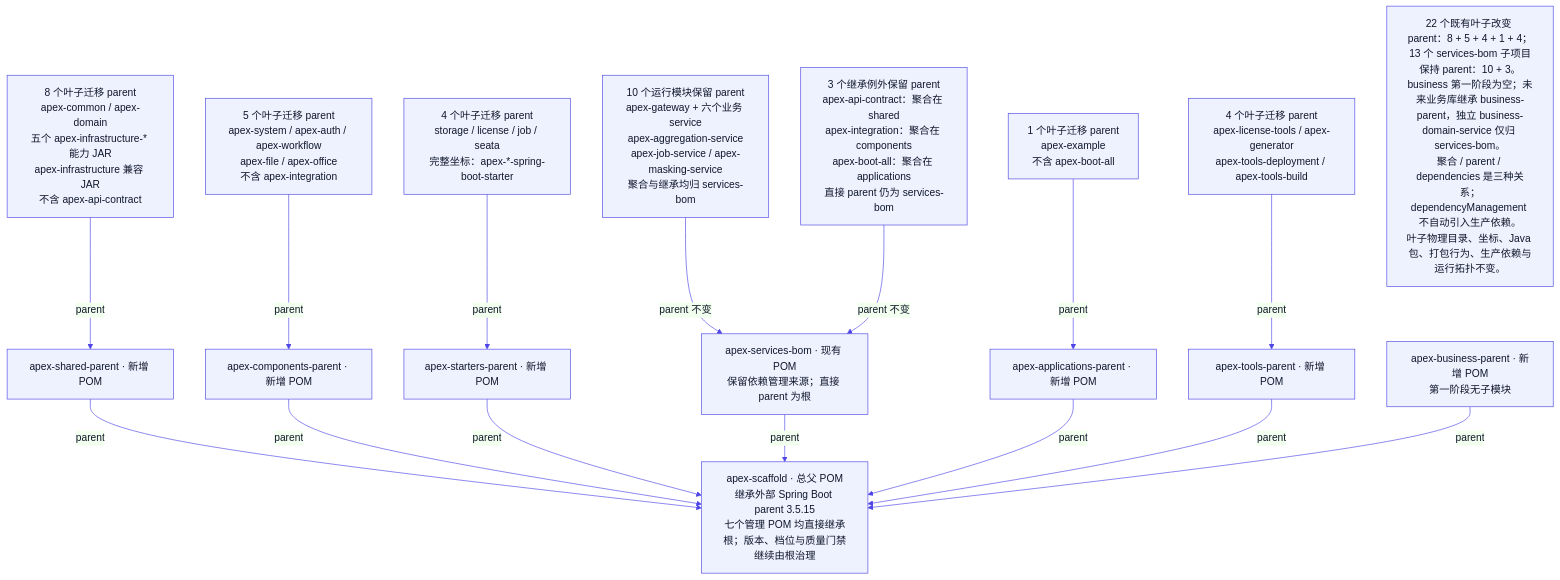
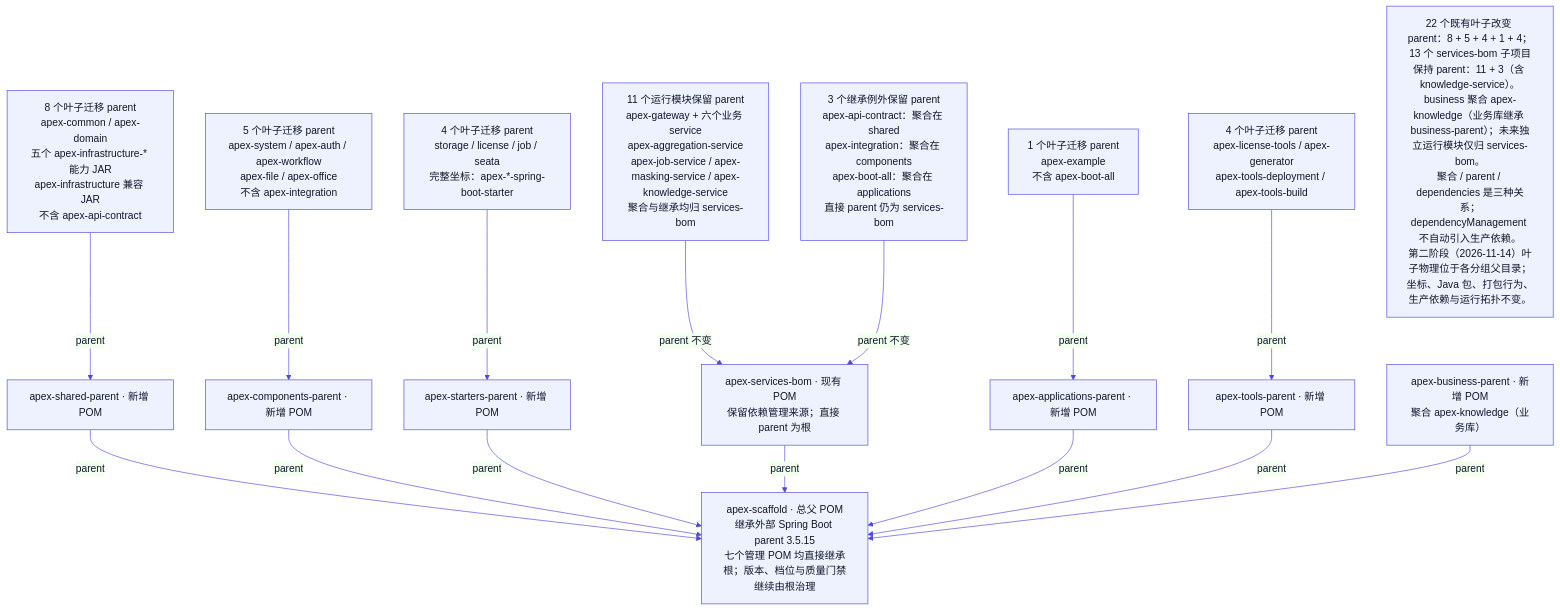
One commit to apex-cloud-service/apex-scaffold changed the diagram in docs/diagrams/129_maven_parent_inheritance.mmd. Above: the diagram before and after it, drawn with Mermaid. The commit also changed 175 other files, not shown here.

First line of the commit message:
docs(structure): B6 文档与图表同步两级布局——链接重指向、双源图更新、口径刷新

```diff
--- a/docs/diagrams/129_maven_parent_inheritance.mmd
+++ b/docs/diagrams/129_maven_parent_inheritance.mmd
@@ -1,34 +1,34 @@
 %%{init: {'theme':'base', 'themeVariables': {'primaryColor':'#eef2ff','primaryTextColor':'#0f172a','primaryBorderColor':'#4f46e5','lineColor':'#4f46e5','fontFamily':'sans-serif'}}}%%
-%% 第一阶段直接 parent 关系，箭头子项目 -> 直接 parent；不是 modules 或 compile 依赖。
-%% 叶子集合是卡内清单；与同名手写 SVG 语义配对维护，不展开全 43 个项目。
+%% 第二阶段直接 parent 关系，箭头子项目 -> 直接 parent；不是 modules 或 compile 依赖。
+%% 叶子集合是卡内清单；与同名手写 SVG 语义配对维护，不展开全 45 个项目。
 flowchart TB
     ROOT["apex-scaffold · 总父 POM<br/>继承外部 Spring Boot parent 3.5.15<br/>七个管理 POM 均直接继承根；版本、档位与质量门禁继续由根治理"]
     SHARED["apex-shared-parent · 新增 POM"]
     COMPONENTS["apex-components-parent · 新增 POM"]
     STARTERS["apex-starters-parent · 新增 POM"]
     SERVICES["apex-services-bom · 现有 POM<br/>保留依赖管理来源；直接 parent 为根"]
     APPLICATIONS["apex-applications-parent · 新增 POM"]
     TOOLS["apex-tools-parent · 新增 POM"]
-    BUSINESS["apex-business-parent · 新增 POM<br/>第一阶段无子模块"]
+    BUSINESS["apex-business-parent · 新增 POM<br/>聚合 apex-knowledge（业务库）"]
     SHARED -->|parent| ROOT
     COMPONENTS -->|parent| ROOT
     STARTERS -->|parent| ROOT
     SERVICES -->|parent| ROOT
     APPLICATIONS -->|parent| ROOT
     TOOLS -->|parent| ROOT
     BUSINESS -->|parent| ROOT
     SHARED_LEAVES["8 个叶子迁移 parent<br/>apex-common / apex-domain<br/>五个 apex-infrastructure-* 能力 JAR<br/>apex-infrastructure 兼容 JAR<br/>不含 apex-api-contract"]
     COMPONENT_LEAVES["5 个叶子迁移 parent<br/>apex-system / apex-auth / apex-workflow<br/>apex-file / apex-office<br/>不含 apex-integration"]
     STARTER_LEAVES["4 个叶子迁移 parent<br/>storage / license / job / seata<br/>完整坐标：apex-*-spring-boot-starter"]
     APPLICATION_LEAVES["1 个叶子迁移 parent<br/>apex-example<br/>不含 apex-boot-all"]
     TOOL_LEAVES["4 个叶子迁移 parent<br/>apex-license-tools / apex-generator<br/>apex-tools-deployment / apex-tools-build"]
-    RUN_LEAVES["10 个运行模块保留 parent<br/>apex-gateway + 六个业务 service<br/>apex-aggregation-service<br/>apex-job-service / apex-masking-service<br/>聚合与继承均归 services-bom"]
+    RUN_LEAVES["11 个运行模块保留 parent<br/>apex-gateway + 六个业务 service<br/>apex-aggregation-service<br/>apex-job-service / apex-masking-service / apex-knowledge-service<br/>聚合与继承均归 services-bom"]
     EXCEPTIONS["3 个继承例外保留 parent<br/>apex-api-contract：聚合在 shared<br/>apex-integration：聚合在 components<br/>apex-boot-all：聚合在 applications<br/>直接 parent 仍为 services-bom"]
     SHARED_LEAVES -->|parent| SHARED
     COMPONENT_LEAVES -->|parent| COMPONENTS
     STARTER_LEAVES -->|parent| STARTERS
     APPLICATION_LEAVES -->|parent| APPLICATIONS
     TOOL_LEAVES -->|parent| TOOLS
     RUN_LEAVES -->|parent 不变| SERVICES
     EXCEPTIONS -->|parent 不变| SERVICES
-    NOTE["22 个既有叶子改变 parent：8 + 5 + 4 + 1 + 4；13 个 services-bom 子项目保持 parent：10 + 3。<br/>business 第一阶段为空；未来业务库继承 business-parent，独立 business-domain-service 仅归 services-bom。<br/>聚合 / parent / dependencies 是三种关系；dependencyManagement 不自动引入生产依赖。<br/>叶子物理目录、坐标、Java 包、打包行为、生产依赖与运行拓扑不变。"]
+    NOTE["22 个既有叶子改变 parent：8 + 5 + 4 + 1 + 4；13 个 services-bom 子项目保持 parent：11 + 3（含 knowledge-service）。<br/>business 聚合 apex-knowledge（业务库继承 business-parent）；未来独立运行模块仅归 services-bom。<br/>聚合 / parent / dependencies 是三种关系；dependencyManagement 不自动引入生产依赖。<br/>第二阶段（2026-11-14）叶子物理位于各分组父目录；坐标、Java 包、打包行为、生产依赖与运行拓扑不变。"]
```
